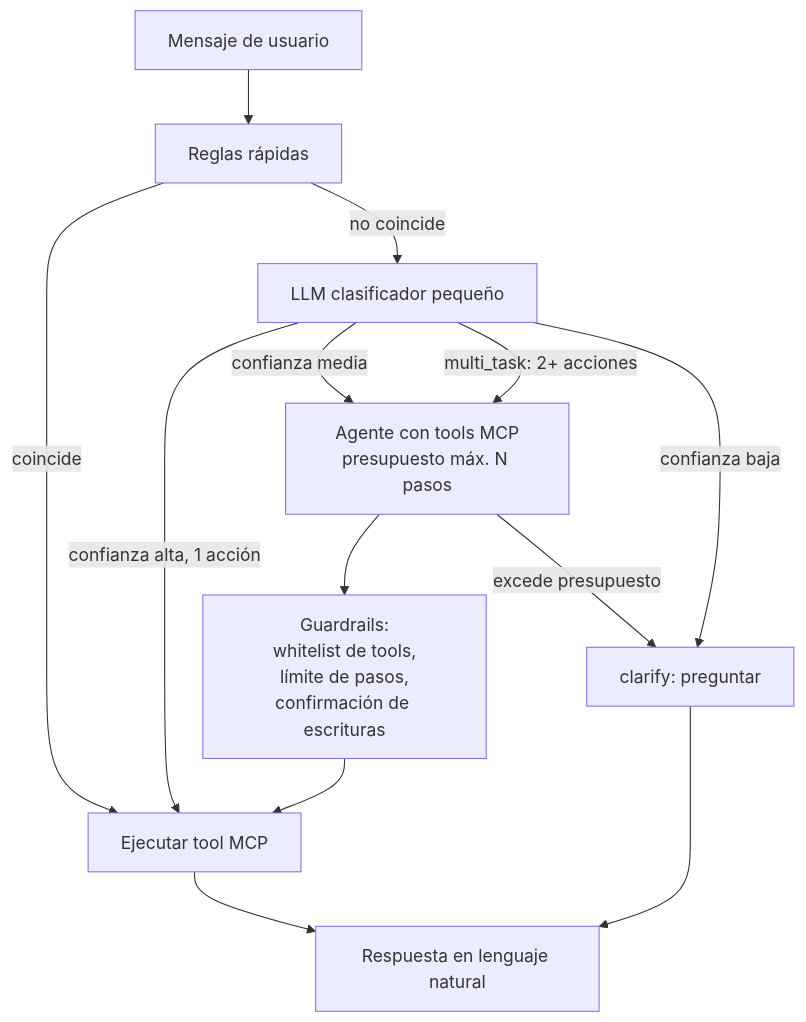
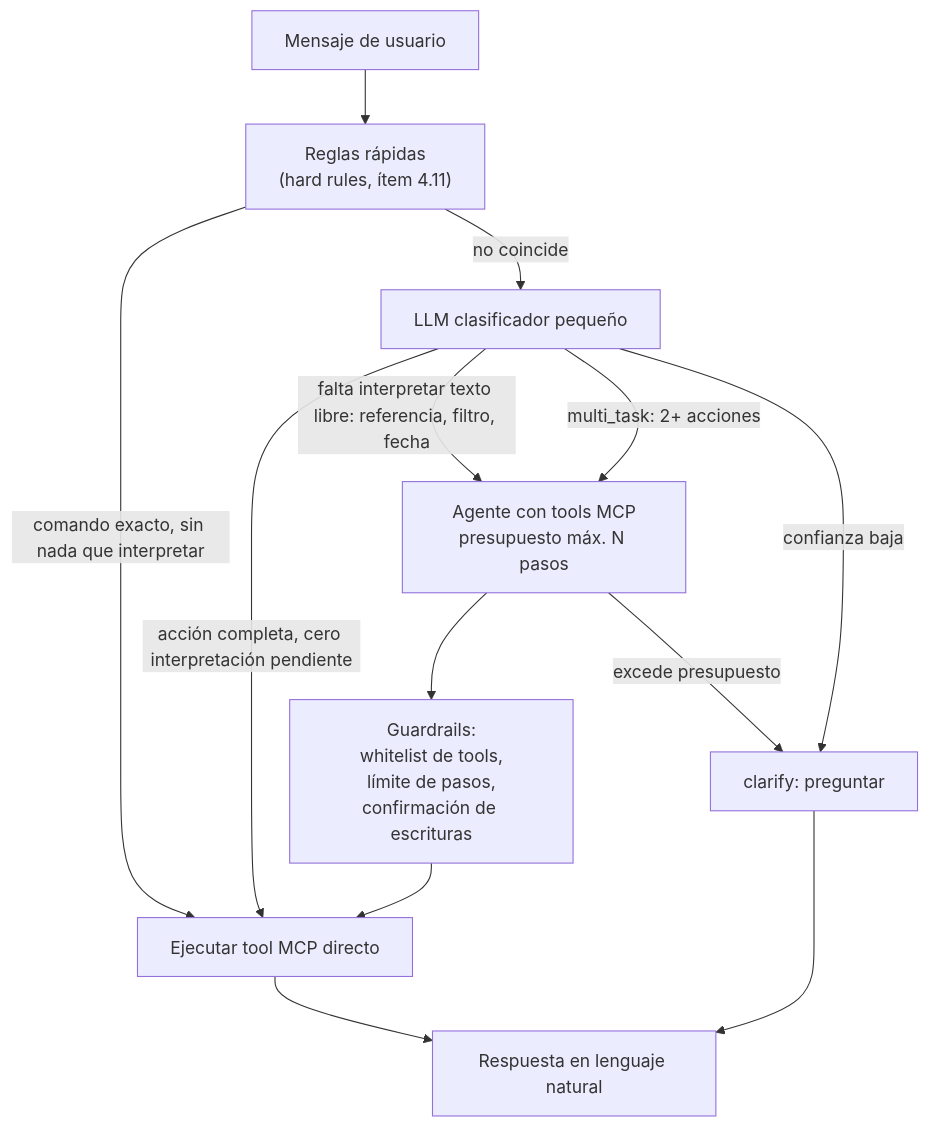
One commit to AlexisBerrio/personal_assistant_agent changed the fourth of 5 diagrams in docs/anexo_arquitectura_objetivo.md. Above: the diagram before and after it, drawn with Mermaid. The commit also changed other lines of this file, not shown here.

````diff
--- a/docs/anexo_arquitectura_objetivo.md
+++ b/docs/anexo_arquitectura_objetivo.md
@@ -500,15 +500,15 @@
 ```mermaid
 graph TD
-    MSG["Mensaje de usuario"] --> RULES["Reglas rápidas"]
-    RULES -->|coincide| EXEC["Ejecutar tool MCP"]
+    MSG["Mensaje de usuario"] --> RULES["Reglas rápidas<br/>(hard rules, ítem 4.11)"]
+    RULES -->|comando exacto, sin nada que interpretar| EXEC["Ejecutar tool MCP directo"]
     RULES -->|no coincide| CLS["LLM clasificador pequeño"]
-    CLS -->|confianza alta, 1 acción| EXEC
-    CLS -->|confianza media| AGENT["Agente con tools MCP<br/>presupuesto máx. N pasos"]
+    CLS -->|acción completa, cero interpretación pendiente| EXEC
+    CLS -->|falta interpretar texto libre: referencia, filtro, fecha| AGENT["Agente con tools MCP<br/>presupuesto máx. N pasos"]
     CLS -->|multi_task: 2+ acciones| AGENT
     CLS -->|confianza baja| CLAR["clarify: preguntar"]
     AGENT --> GUARD["Guardrails:<br/>whitelist de tools,<br/>límite de pasos,<br/>confirmación de escrituras"]
     GUARD --> EXEC
     AGENT -->|excede presupuesto| CLAR
     EXEC --> RESP["Respuesta en lenguaje natural"]
     CLAR --> RESP
 ```
````
